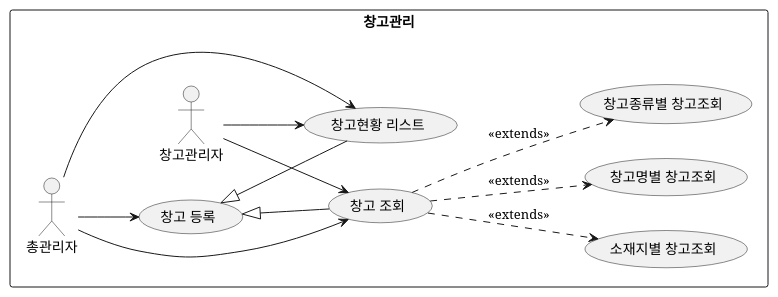
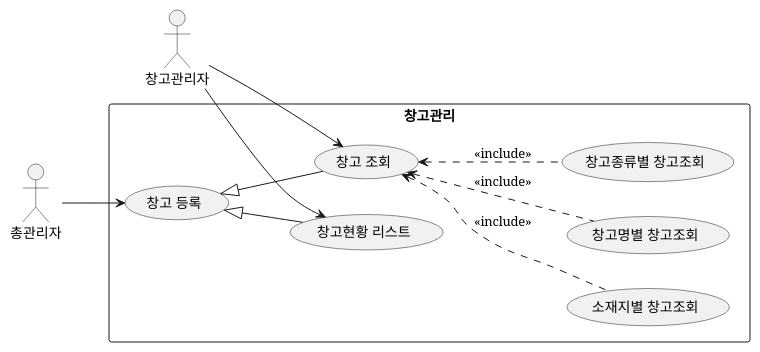
The diagram in src/first_team_project/use_case/Manage_warehouse.puml (shin-heewon/java-advance), drawn with PlantUML before and after one commit. The commit also changed 7 other files, not shown here.

```diff
--- a/src/first_team_project/use_case/Manage_warehouse.puml
+++ b/src/first_team_project/use_case/Manage_warehouse.puml
@@ -1,24 +1,24 @@
 @startuml
-rectangle "창고관리"{
+
 left to right direction
 
 actor "창고관리자" as wh_manager
 actor "총관리자" as admin
-
+rectangle "창고관리"{
 admin -->(창고 등록)
-admin -->(창고 조회)
+'admin -->(창고 조회)
 
 (창고 조회)-up-|>(창고 등록)
 (창고현황 리스트)-up-|>(창고 등록)
 
-admin -->(창고현황 리스트)
+'admin -->(창고현황 리스트)
 wh_manager -->(창고현황 리스트)
 
 wh_manager-->(창고 조회)
 
-(창고 조회)..>(소재지별 창고조회):<<extends>>
-(창고 조회)..>(창고명별 창고조회):<<extends>>
-(창고 조회)..>(창고종류별 창고조회):<<extends>>
+(창고 조회)<..(소재지별 창고조회):<<include>>
+(창고 조회)<..(창고명별 창고조회):<<include>>
+(창고 조회)<..(창고종류별 창고조회):<<include>>
 
 }
 @enduml
```
